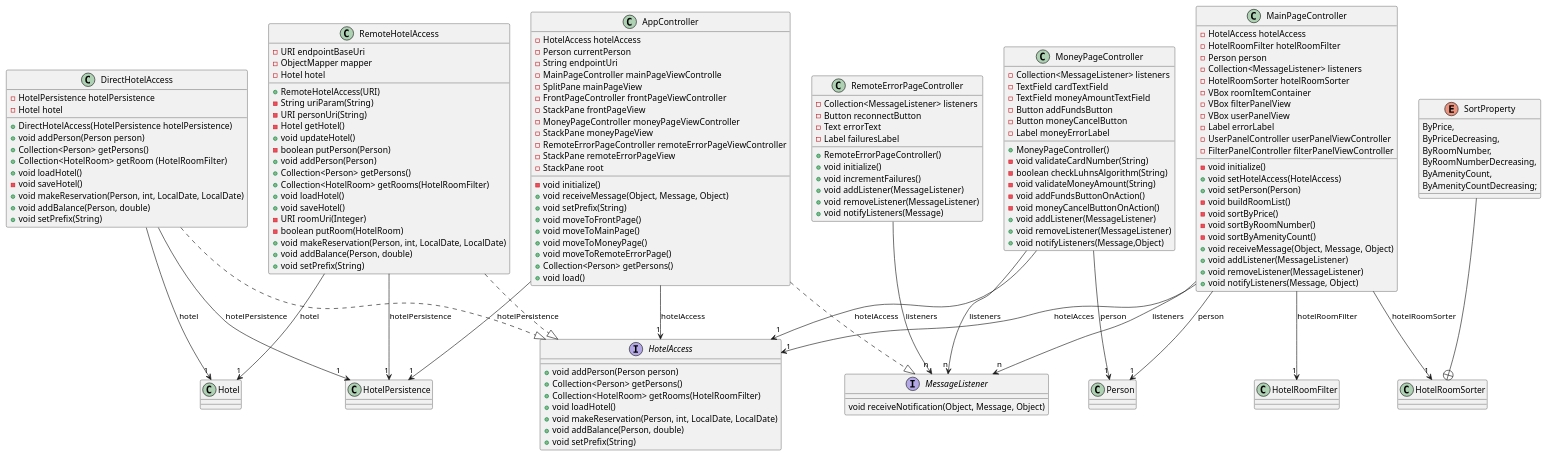
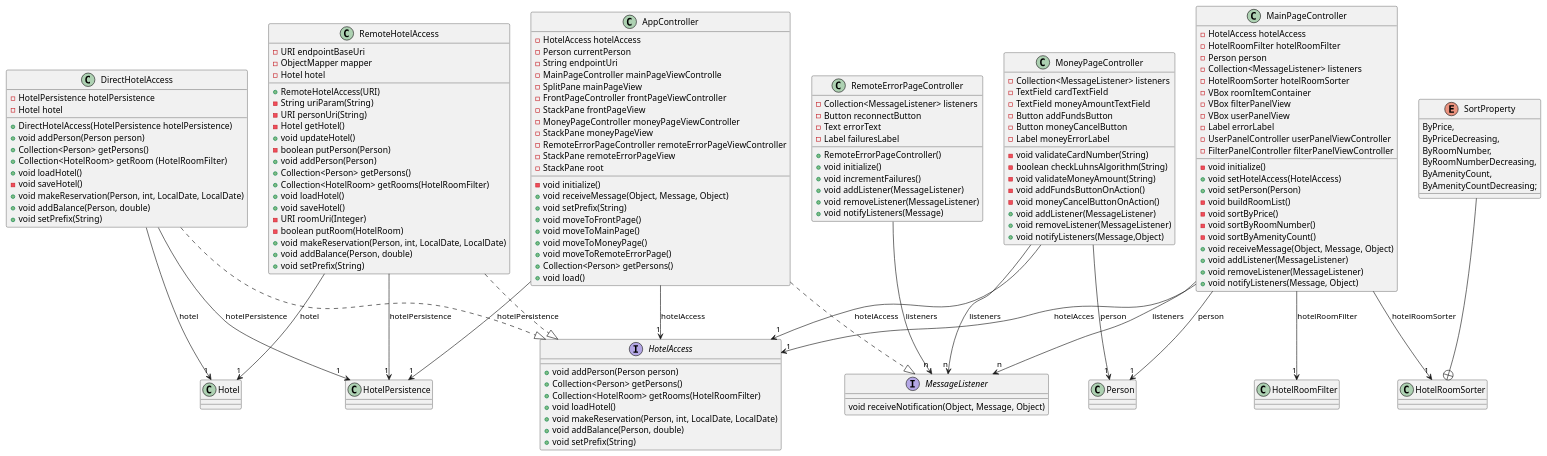
One commit to erlendps/IT1901---HotelSys changed the diagram in docs/modules/ui1.md. Above: the diagram before and after it, drawn with PlantUML.

Commit message:
#154 Remove empty MoneyPageController constructor

```diff
--- a/docs/modules/ui1.md
+++ b/docs/modules/ui1.md
@@ -97,7 +97,6 @@
     - Button moneyCancelButton
     - Label moneyErrorLabel
 
-    + MoneyPageController()
     - void validateCardNumber(String)
     - boolean checkLuhnsAlgorithm(String)
     - void validateMoneyAmount(String)
```
